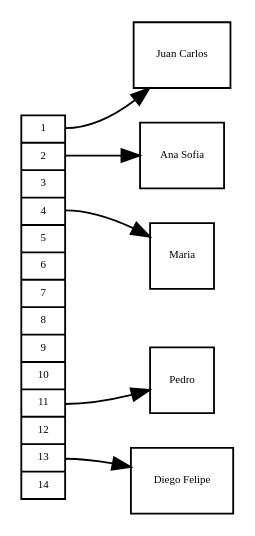
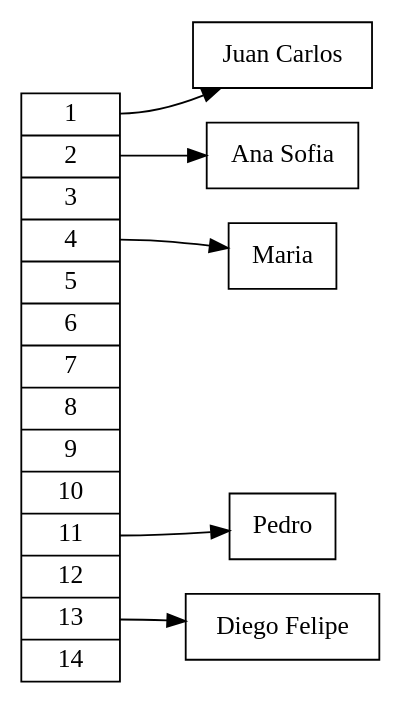
The diagram in Fase 3/outputs/hash_table.dot (DiegoCali/EDD_PROYECTO_202201128), drawn with Graphviz before and after one commit. The commit also changed 8 other files, not shown here.

```diff
--- a/Fase 3/outputs/hash_table.dot
+++ b/Fase 3/outputs/hash_table.dot
@@ -1,11 +1,11 @@
 digraph Hash_Table {
 rankdir=LR;
-node [shape=record, fontsize="6pt", width="0.05", heigth="0.05"];
+node [shape=record];
 node0 [ 
  label="<f0>1|<f1>2|<f2>3|<f3>4|<f4>5|<f5>6|<f6>7|<f7>8|<f8>9|<f9>10|<f10>11|<f11>12|<f12>13|<f13>14"];
 node0:f0 -> "Juan Carlos";
 node0:f1 -> "Ana Sofia";
 node0:f3 -> "Maria";
 node0:f10 -> "Pedro";
 node0:f12 -> "Diego Felipe";
 }
```
